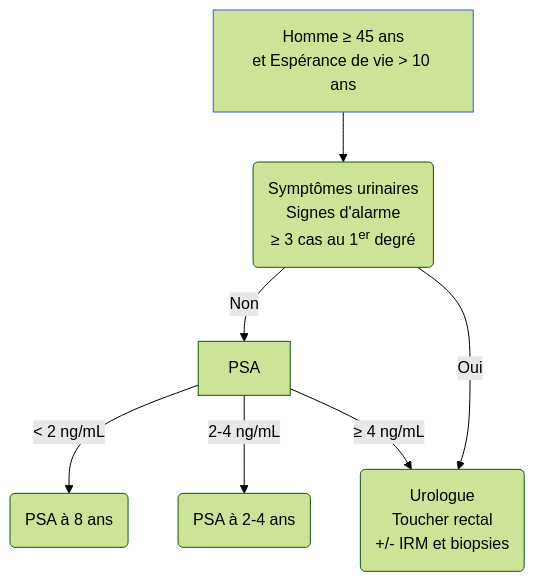
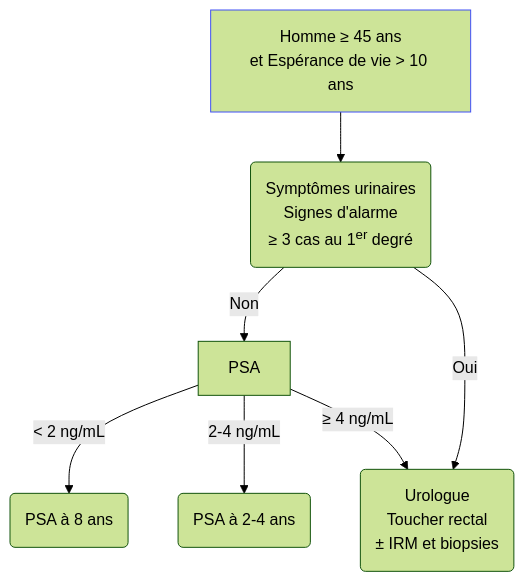
One commit to djibe/recommandations-medicales changed the diagram in content/recommandations/cancer-prostate.md. Above: the diagram before and after it, drawn with Mermaid (forest theme). The commit also changed other lines of this file and 43 other files, not shown here.

```diff
--- a/content/recommandations/cancer-prostate.md
+++ b/content/recommandations/cancer-prostate.md
@@ -85,10 +85,10 @@
 {{< mermaid title="Dépistage du cancer de la prostate et conduite à tenir devant une augmentation du PSA. Dr JB FRON d'après EAU 2019" >}}
 graph TB
-  homme["Homme ≥ 45 ans<br>et Espérance de vie > 10 ans"] --> symptomes("Symptômes urinaires<br>Signes d'alarme<br>≥ 3 cas au 1<sup>er</sup> degré")
+  homme["Homme &ge; 45 ans<br>et Espérance de vie &gt; 10 ans"] --> symptomes("Symptômes urinaires<br>Signes d'alarme<br>&ge; 3 cas au 1<sup>er</sup> degré")
   style homme stroke:#4150f5, stroke-width:1px
     symptomes -- Non --> PSA
       PSA -- "&lt; 2 ng/mL" --> leger(PSA à 8 ans)
-      PSA -- "2-4 ng/mL" --> modere(PSA à 2-4 ans)
-      PSA -- "≥ 4 ng/mL" --> severe("Urologue<br>Toucher rectal<br>+/- IRM et biopsies")
+      PSA -- 2-4 ng/mL --> modere(PSA à 2-4 ans)
+      PSA -- "&ge; 4 ng/mL" --> severe("Urologue<br>Toucher rectal<br>&plusmn; IRM et biopsies")
     symptomes -- Oui --> severe
 {{< /mermaid >}}
```
